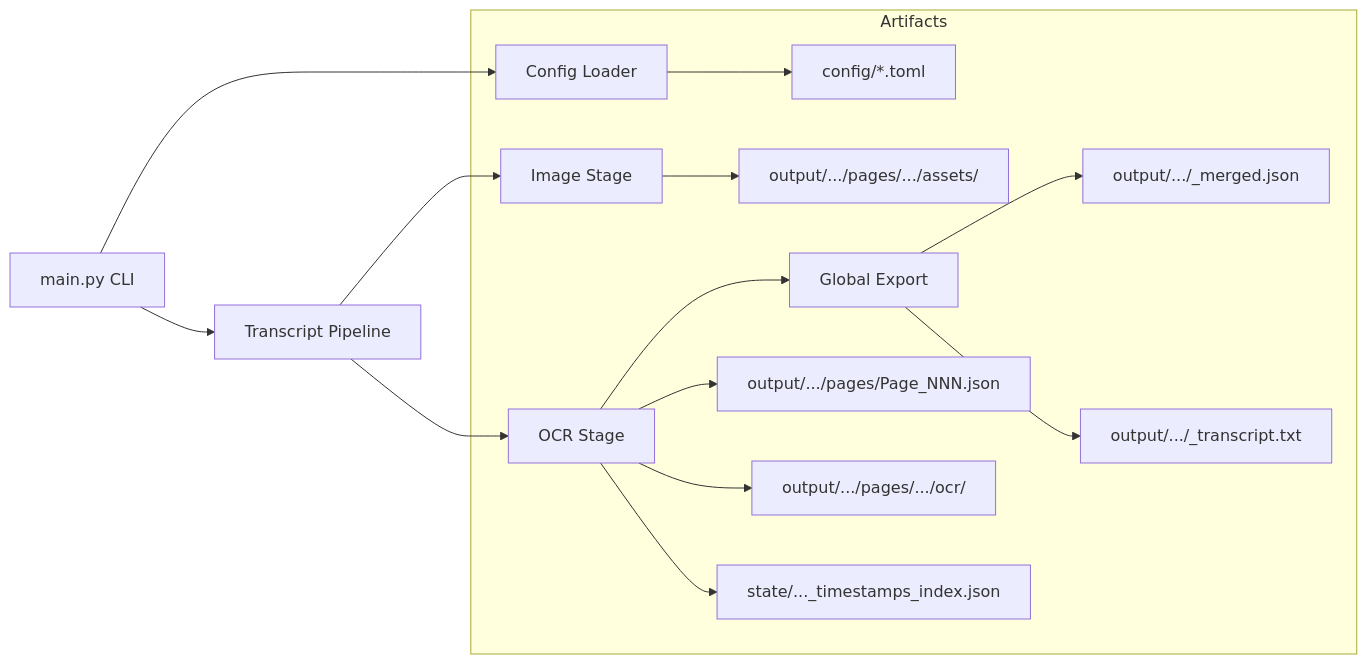
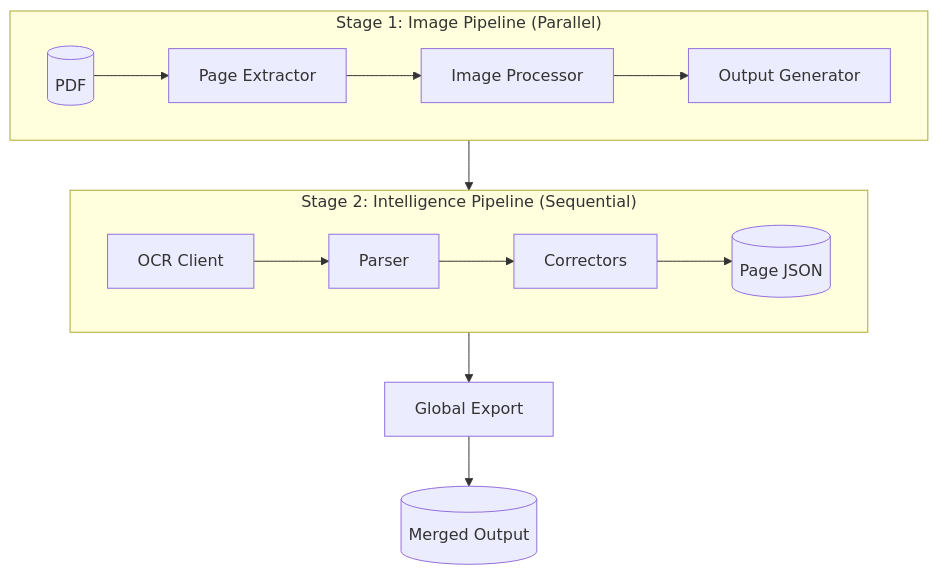
One commit to JeanLouisParent/Nasa-Transcript-Processor changed the first of 5 diagrams in docs/ARCHITECTURE.md. Above: the diagram before and after it, drawn with Mermaid. The commit also changed other lines of this file and 10 other files, not shown here.

First line of the commit message:
Refactor documentation and add JSON Schema validation

````diff
--- a/docs/ARCHITECTURE.md
+++ b/docs/ARCHITECTURE.md
@@ -12,18 +26,20 @@
 ```mermaid
-flowchart LR
-    CLI[main.py CLI] --> CFG[Config Loader]
-    CLI --> PIPE[Transcript Pipeline]
-    PIPE --> IMG[Image Stage]
-    PIPE --> OCR[OCR Stage]
-    OCR --> EXP[Global Export]
+flowchart TB
+    subgraph "Stage 1: Image Pipeline (Parallel)"
+        direction LR
+        PDF[(PDF)] --> EXT[Page Extractor]
+        EXT --> IMG[Image Processor]
+        IMG --> OUT[Output Generator]
+    end
 
-    subgraph Artifacts
-    CFG --> TOML[config/*.toml]
-    IMG --> ASSETS[output/.../pages/.../assets/]
-    OCR --> PAGEJSON[output/.../pages/Page_NNN.json]
-    OCR --> OCRLOGS[output/.../pages/.../ocr/]
-    OCR --> IDX[state/..._timestamps_index.json]
-    EXP --> MERGED[output/.../<stem>_merged.json]
-    EXP --> TXT[output/.../<stem>_transcript.txt]
+    subgraph "Stage 2: Intelligence Pipeline (Sequential)"
+        direction LR
+        OUT --> OCR[OCR Client]
+        OCR --> PARSE[Parser]
+        PARSE --> CORR[Correctors]
+        CORR --> JSON[(Page JSON)]
     end
+
+    JSON --> EXP[Global Export]
+    EXP --> MERGED[(Merged Output)]
 ```
````
